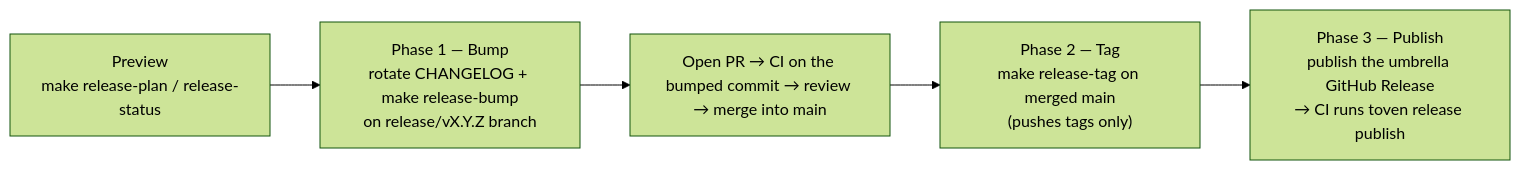
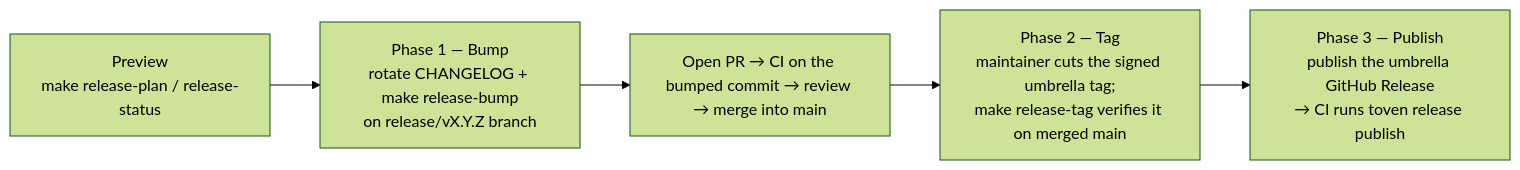
One commit to kbukum/rskit changed the diagram in docs/RELEASING.md. Above: the diagram before and after it, drawn with Mermaid (forest theme). The commit also changed other lines of this file and 4 other files, not shown here.

````diff
--- a/docs/RELEASING.md
+++ b/docs/RELEASING.md
@@ -33,7 +33,7 @@
 ```mermaid
 flowchart LR
     A["Preview<br/>make release-plan / release-status"] --> B["Phase 1 — Bump<br/>rotate CHANGELOG + make release-bump<br/>on release/vX.Y.Z branch"]
     B --> C["Open PR → CI on the bumped commit → review → merge into main"]
-    C --> D["Phase 2 — Tag<br/>make release-tag on merged main<br/>(pushes tags only)"]
+    C --> D["Phase 2 — Tag<br/>maintainer cuts the signed umbrella tag;<br/>make release-tag verifies it on merged main"]
     D --> E["Phase 3 — Publish<br/>publish the umbrella GitHub Release<br/>→ CI runs toven release publish"]
 ```
````
